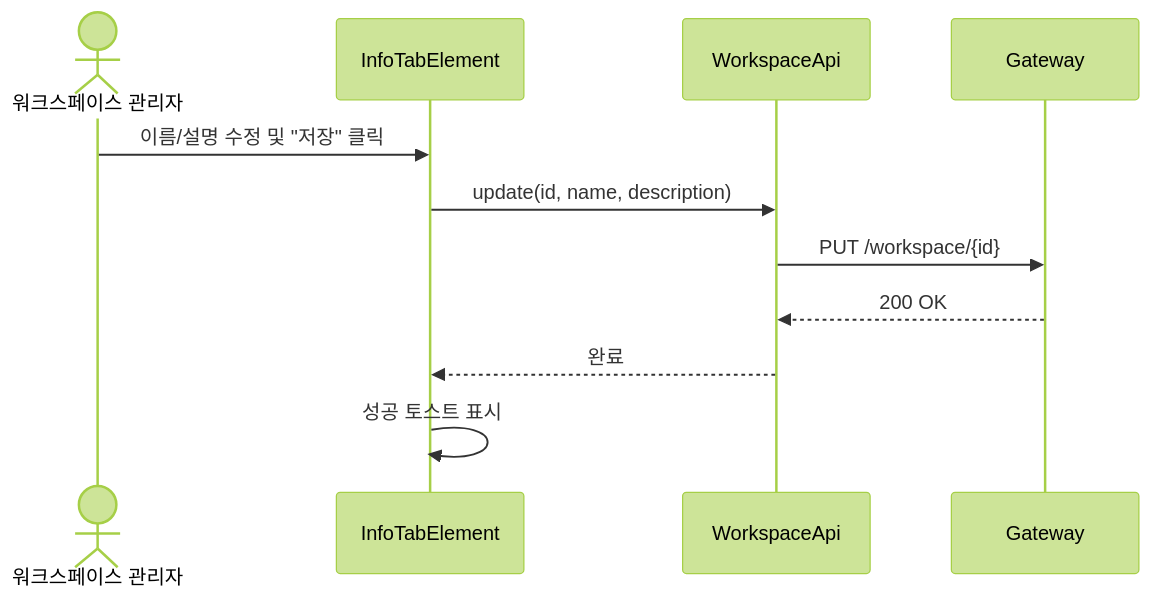
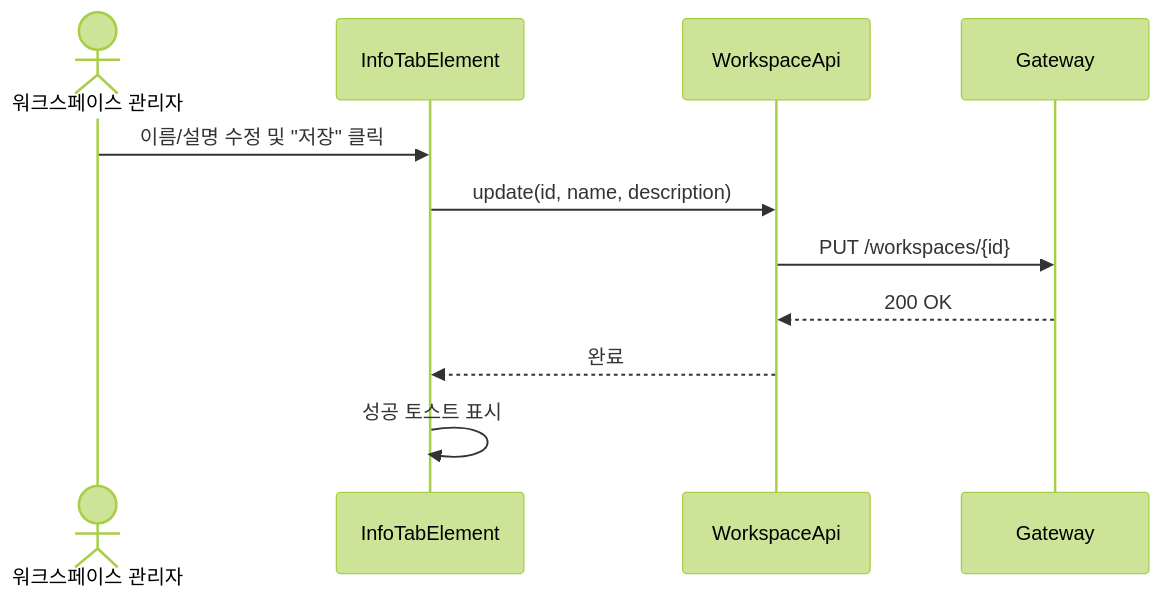
One commit to sayaya1090/handbook changed the first of 2 diagrams in workspace-ui/USECASE.md. Above: the diagram before and after it, drawn with Mermaid (forest theme). The commit also changed other lines of this file and 58 other files, not shown here.

````diff
--- a/workspace-ui/USECASE.md
+++ b/workspace-ui/USECASE.md
@@ -5,14 +5,14 @@
 ```mermaid
 sequenceDiagram
     actor Admin as 워크스페이스 관리자
     participant UI as InfoTabElement
     participant API as WorkspaceApi
     participant GW as Gateway
 
     Admin->>UI: 이름/설명 수정 및 "저장" 클릭
     UI->>API: update(id, name, description)
-    API->>GW: PUT /workspace/{id}
+    API->>GW: PUT /workspaces/{id}
     GW-->>API: 200 OK
     API-->>UI: 완료
     UI->>UI: 성공 토스트 표시
 ```
````
